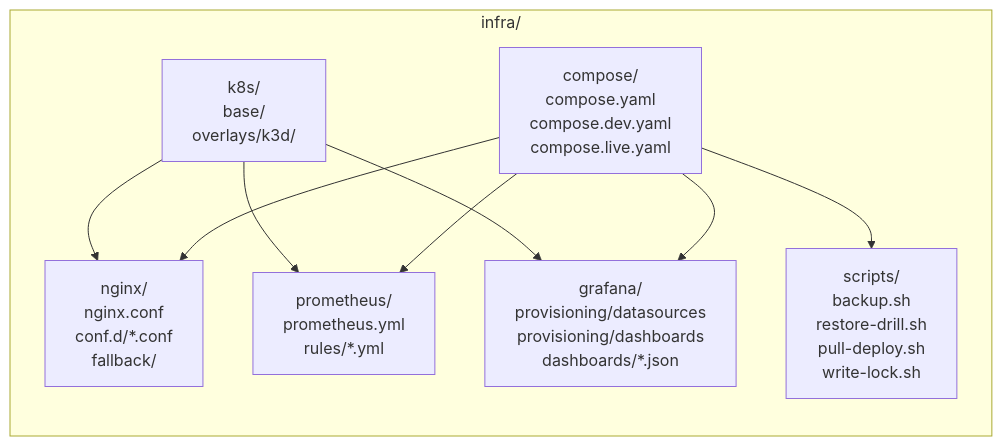
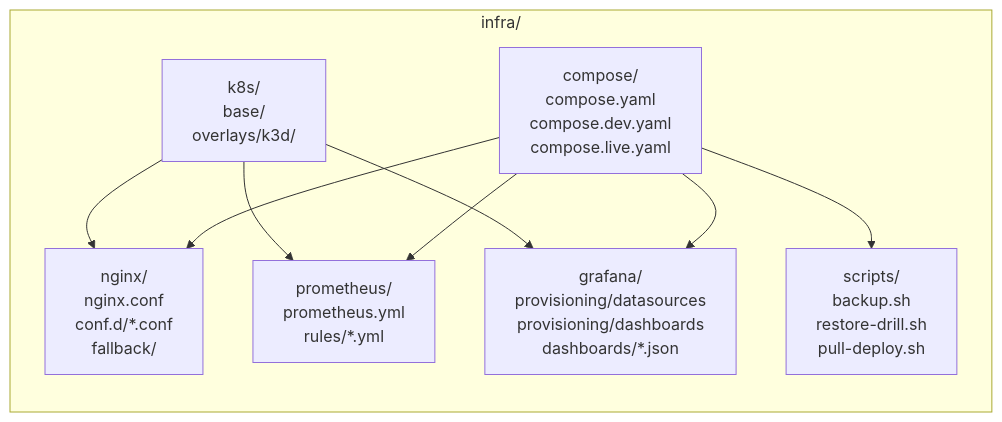
One commit to 1985jwlee/portpolio_backend changed the fourth of 34 diagrams in docs/design/features/17-ops-observability.md. Above: the diagram before and after it, drawn with Mermaid. The commit also changed other lines of this file and 33 other files, not shown here.

````diff
--- a/docs/design/features/17-ops-observability.md
+++ b/docs/design/features/17-ops-observability.md
@@ -265,18 +265,18 @@
 ```mermaid
 flowchart LR
     subgraph infra["infra/"]
         NG["nginx/<br/>nginx.conf<br/>conf.d/*.conf<br/>fallback/"]
         PM["prometheus/<br/>prometheus.yml<br/>rules/*.yml"]
         GF["grafana/<br/>provisioning/datasources<br/>provisioning/dashboards<br/>dashboards/*.json"]
-        SC["scripts/<br/>backup.sh<br/>restore-drill.sh<br/>pull-deploy.sh<br/>write-lock.sh"]
+        SC["scripts/<br/>backup.sh<br/>restore-drill.sh<br/>pull-deploy.sh"]
         CP["compose/<br/>compose.yaml<br/>compose.dev.yaml<br/>compose.live.yaml"]
         K8["k8s/<br/>base/<br/>overlays/k3d/"]
     end
     CP --> NG
     CP --> PM
     CP --> GF
     CP --> SC
     K8 --> NG
     K8 --> PM
     K8 --> GF
 ```
````
